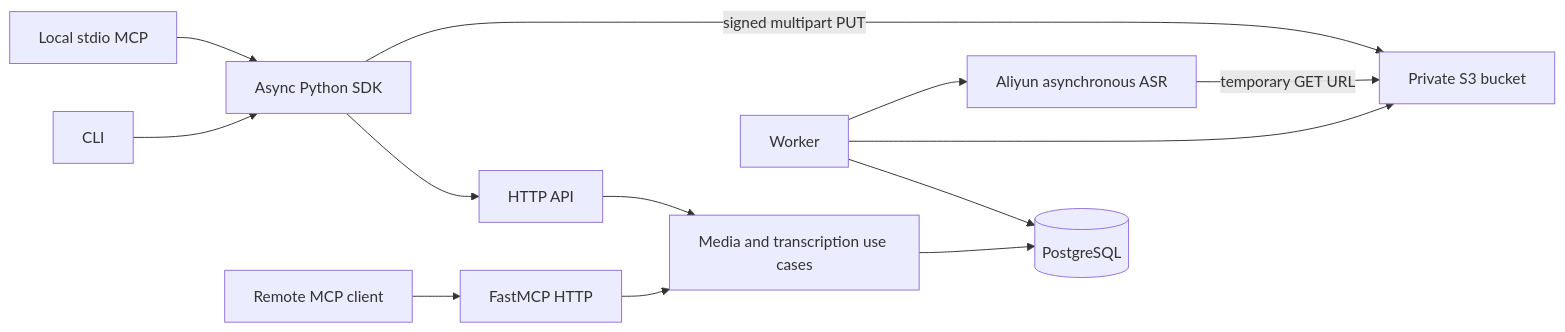
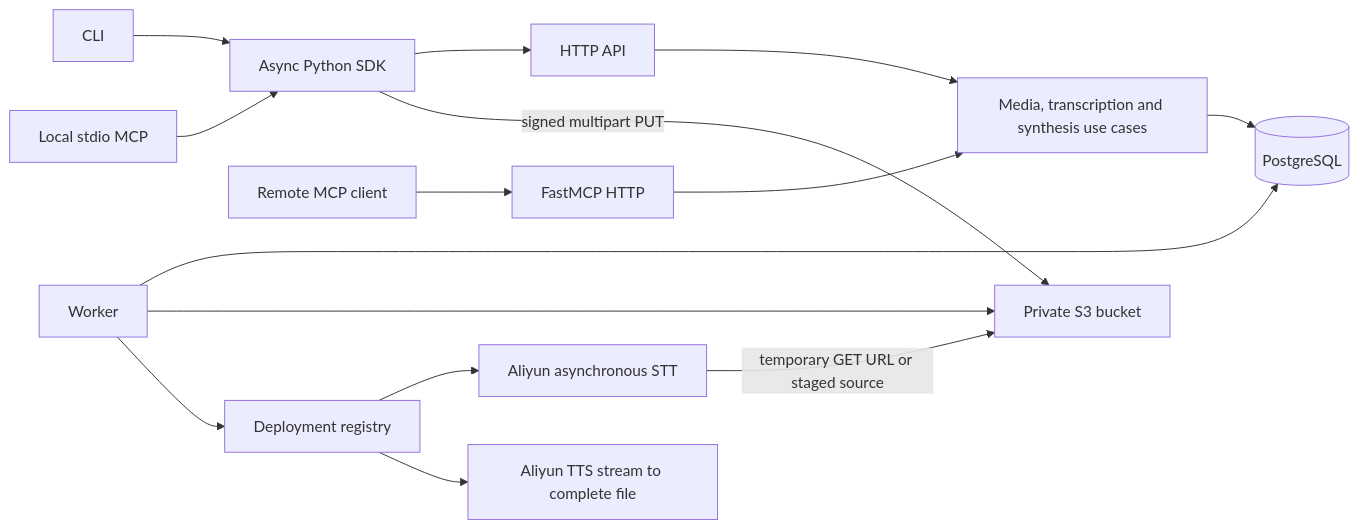
The diagram in docs/architecture.md (yuehong136/voice-ingest), drawn with Mermaid before and after one commit. The commit also changed other lines of this file and 69 other files, not shown here.

Commit message:
feat: add v1 speech platform with Aliyun STT and TTS

````diff
--- a/docs/architecture.md
+++ b/docs/architecture.md
@@ -9,15 +15,17 @@
 ```mermaid
 flowchart LR
   CLI[CLI] --> SDK[Async Python SDK]
   Local[Local stdio MCP] --> SDK
   SDK --> API[HTTP API]
   SDK -->|signed multipart PUT| S3[Private S3 bucket]
   Agent[Remote MCP client] --> MCP[FastMCP HTTP]
-  API --> Usecases[Media and transcription use cases]
+  API --> Usecases[Media, transcription and synthesis use cases]
   MCP --> Usecases
   Usecases --> PG[(PostgreSQL)]
   Worker[Worker] --> PG
   Worker --> S3
-  Worker --> ASR[Aliyun asynchronous ASR]
-  ASR -->|temporary GET URL| S3
+  Worker --> Registry[Deployment registry]
+  Registry --> ASR[Aliyun asynchronous STT]
+  Registry --> TTS[Aliyun TTS stream to complete file]
+  ASR -->|temporary GET URL or staged source| S3
 ```
````
